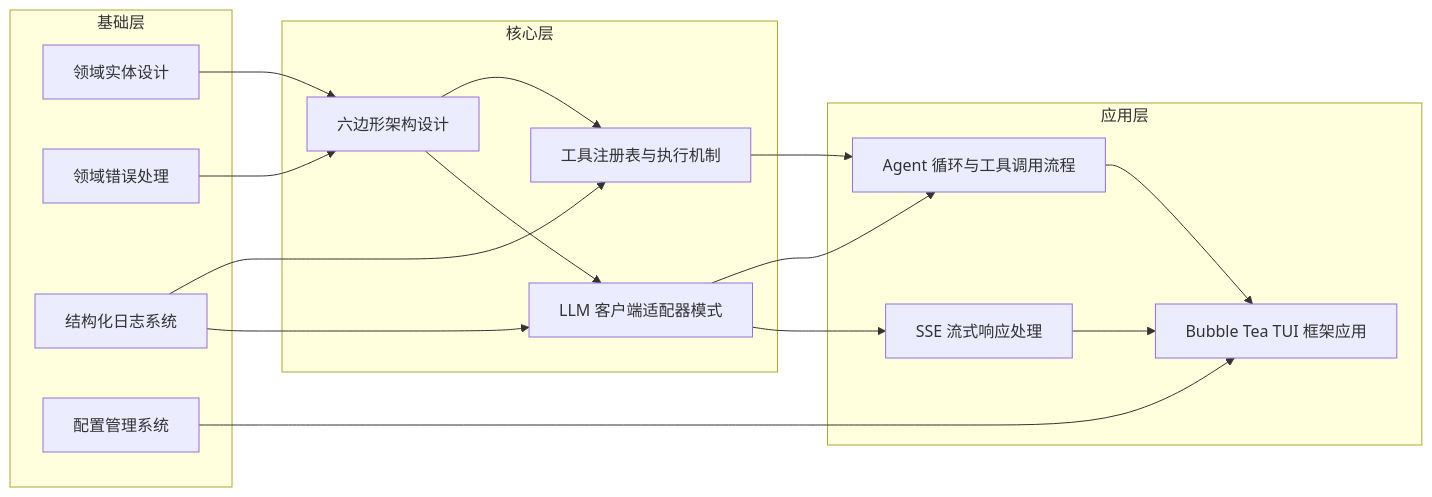
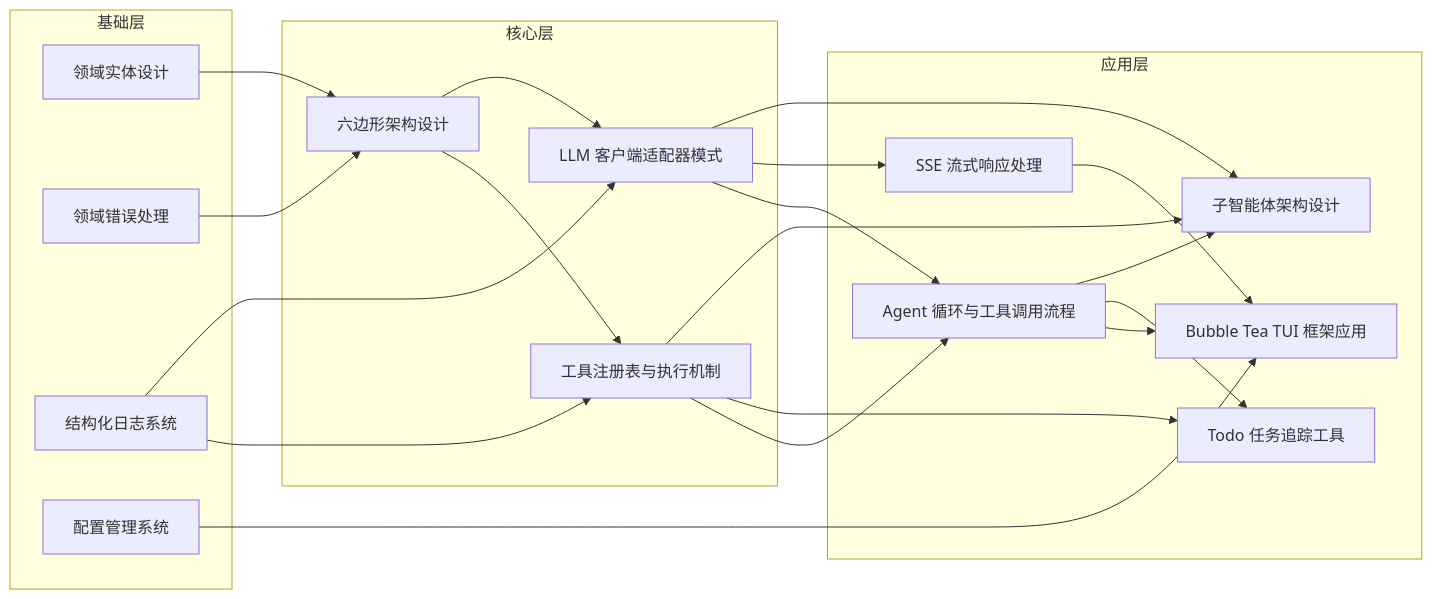
The second of 3 diagrams in docs/source-analysis/00-knowledge-map.md (friendlyhank/copilot), drawn with Mermaid before and after one commit. The commit also changed other lines of this file and 9 other files, not shown here.

````diff
--- a/docs/source-analysis/00-knowledge-map.md
+++ b/docs/source-analysis/00-knowledge-map.md
@@ -267,37 +304,46 @@
 ```mermaid
 graph LR
     subgraph "基础层"
         A1[领域实体设计]
         A2[领域错误处理]
         A3[结构化日志系统]
         A4[配置管理系统]
     end
     
     subgraph "核心层"
         B1[六边形架构设计]
         B2[工具注册表与执行机制]
         B3[LLM 客户端适配器模式]
     end
     
     subgraph "应用层"
         C1[Agent 循环与工具调用流程]
         C2[SSE 流式响应处理]
         C3[Bubble Tea TUI 框架应用]
+        C4[Todo 任务追踪工具]
+        C5[子智能体架构设计]
     end
     
     A1 --> B1
     A2 --> B1
     A3 --> B2
     A3 --> B3
     A4 --> C3
     
     B1 --> B2
     B1 --> B3
     
     B2 --> C1
     B3 --> C1
     B3 --> C2
     
     C1 --> C3
     C2 --> C3
+    
+    B2 --> C4
+    C1 --> C4
+    
+    C1 --> C5
+    B2 --> C5
+    B3 --> C5
 ```
````
